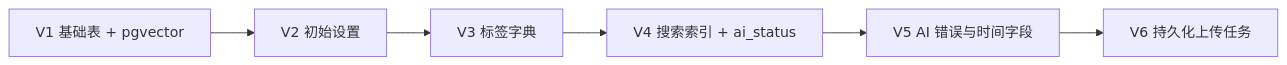
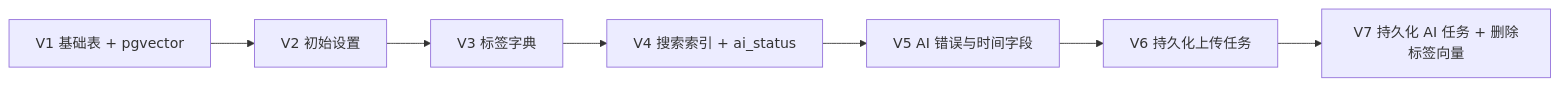
Before and after one commit to tamakara/bakabooru: the third of 3 diagrams in docs/data-model.md, drawn with Mermaid. The commit also changed other lines of this file and 73 other files, not shown here.

````diff
--- a/docs/data-model.md
+++ b/docs/data-model.md
@@ -136,8 +152,9 @@
 ```mermaid
 flowchart LR
     V1["V1 基础表 + pgvector"] --> V2["V2 初始设置"]
     V2 --> V3["V3 标签字典"]
     V3 --> V4["V4 搜索索引 + ai_status"]
     V4 --> V5["V5 AI 错误与时间字段"]
     V5 --> V6["V6 持久化上传任务"]
+    V6 --> V7["V7 持久化 AI 任务 + 删除标签向量"]
 ```
````
